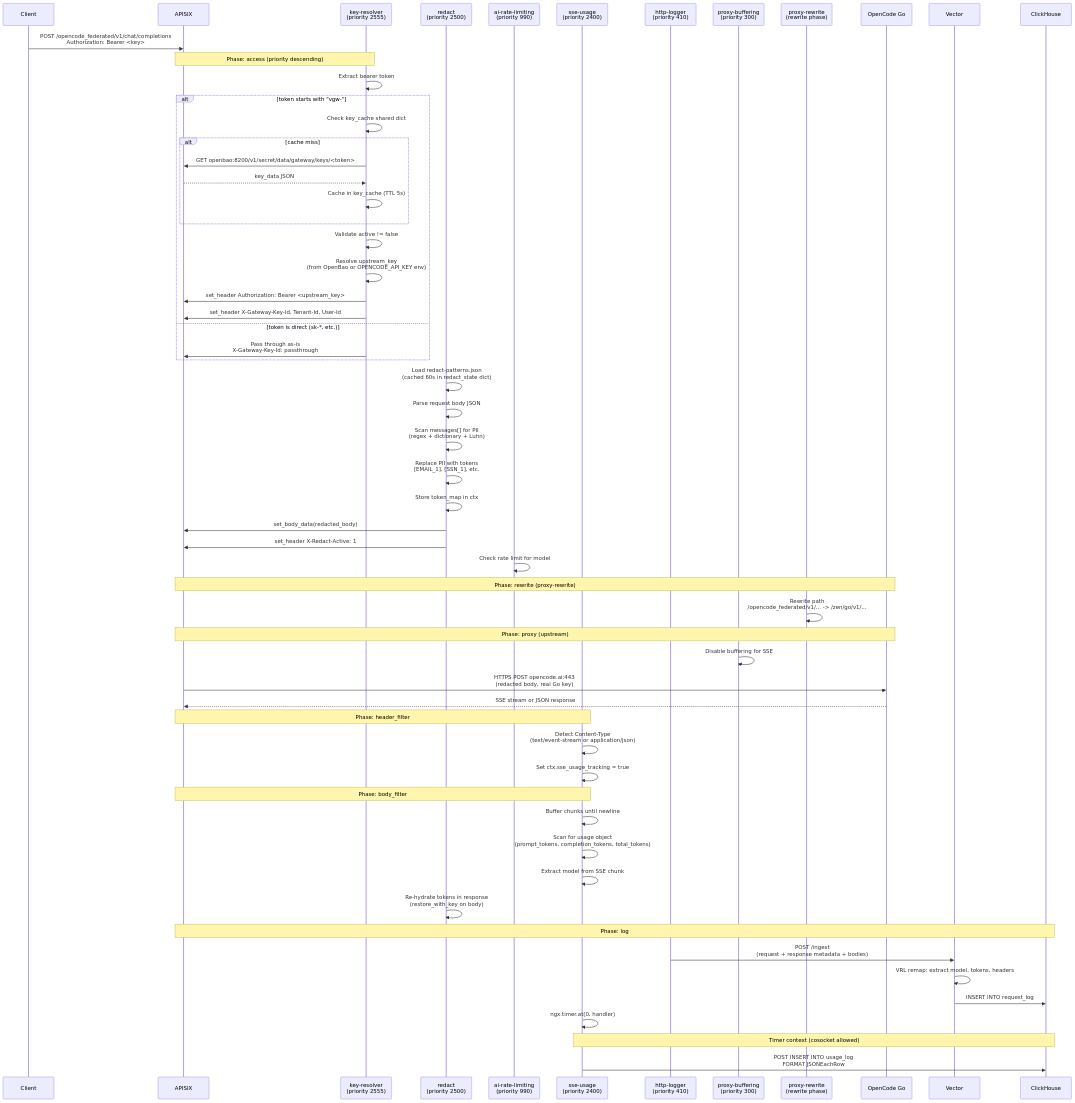
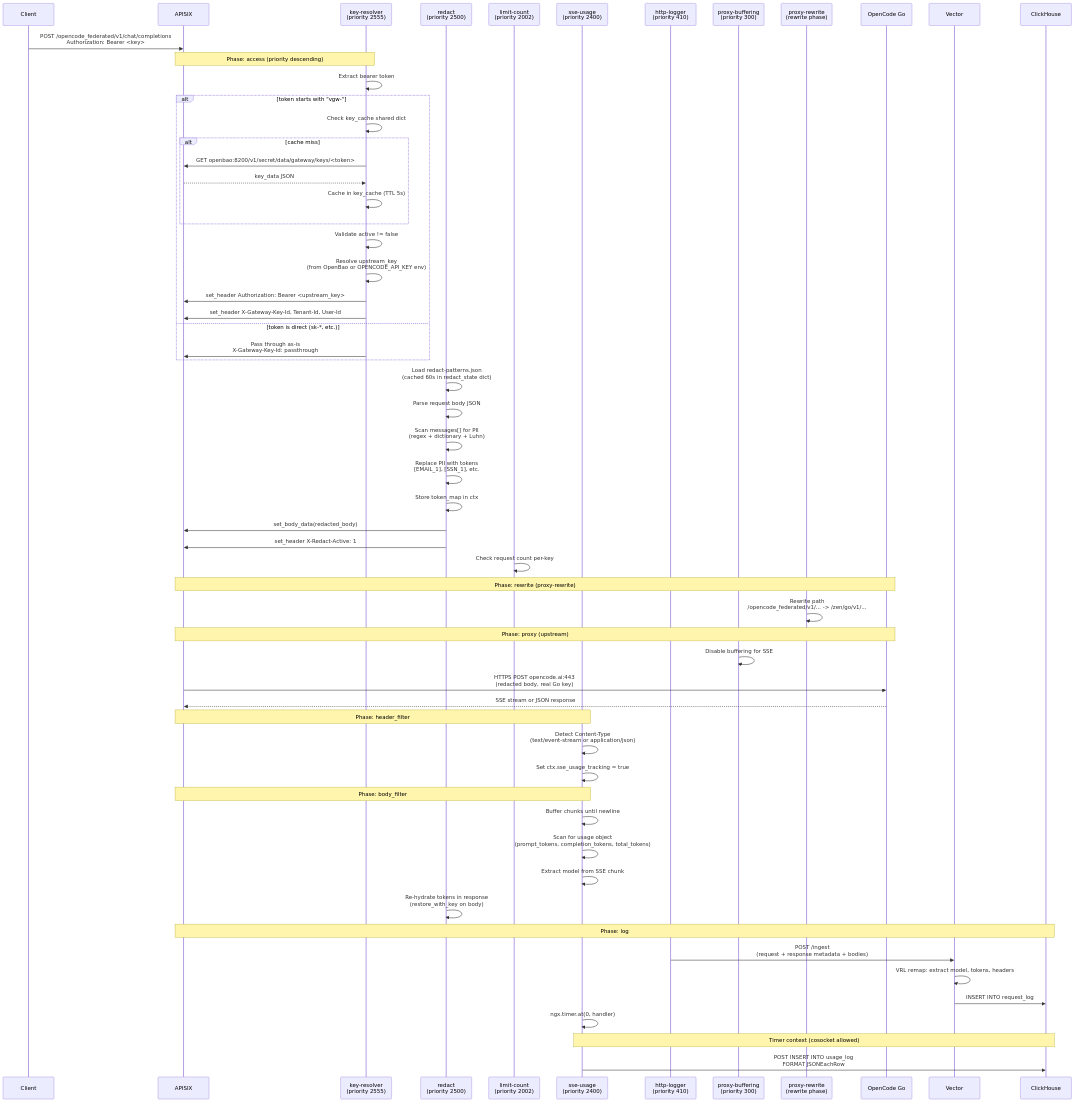
The second of 16 diagrams in docs/ARCHITECTURE.md (Independent-AI-Labs/WORKSPACE-GATEWAY), drawn with Mermaid before and after one commit. The commit also changed other lines of this file and 15 other files, not shown here.

First line of the commit message:
docs: finalize per-key rate limiting docs and config

````diff
--- a/docs/ARCHITECTURE.md
+++ b/docs/ARCHITECTURE.md
@@ -101,71 +101,71 @@
 ```mermaid
 sequenceDiagram
     participant C as Client
     participant A as APISIX
     participant KR as key-resolver<br/>(priority 2555)
     participant RD as redact<br/>(priority 2500)
-    participant RL as ai-rate-limiting<br/>(priority 990)
+    participant RL as limit-count<br/>(priority 2002)
     participant SU as sse-usage<br/>(priority 2400)
     participant HL as http-logger<br/>(priority 410)
     participant PB as proxy-buffering<br/>(priority 300)
     participant PRW as proxy-rewrite<br/>(rewrite phase)
     participant Z as OpenCode Go
     participant V as Vector
     participant CH as ClickHouse
 
     C->>A: POST /opencode_federated/v1/chat/completions<br/>Authorization: Bearer <key>
 
     Note over A,KR: Phase: access (priority descending)
     KR->>KR: Extract bearer token
     alt token starts with "vgw-"
         KR->>KR: Check key_cache shared dict
         alt cache miss
             KR->>A: GET openbao:8200/v1/secret/data/gateway/keys/<token>
             A-->>KR: key_data JSON
             KR->>KR: Cache in key_cache (TTL 5s)
         end
         KR->>KR: Validate active != false
         KR->>KR: Resolve upstream_key<br/>(from OpenBao or OPENCODE_API_KEY env)
         KR->>A: set_header Authorization: Bearer <upstream_key>
         KR->>A: set_header X-Gateway-Key-Id, Tenant-Id, User-Id
     else token is direct (sk-*, etc.)
         KR->>A: Pass through as-is<br/>X-Gateway-Key-Id: passthrough
     end
 
     RD->>RD: Load redact-patterns.json<br/>(cached 60s in redact_state dict)
     RD->>RD: Parse request body JSON
     RD->>RD: Scan messages[] for PII<br/>(regex + dictionary + Luhn)
     RD->>RD: Replace PII with tokens<br/>[EMAIL_1], [SSN_1], etc.
     RD->>RD: Store token_map in ctx
     RD->>A: set_body_data(redacted_body)
     RD->>A: set_header X-Redact-Active: 1
 
-    RL->>RL: Check rate limit for model
+    RL->>RL: Check request count per-key
 
     Note over A,Z: Phase: rewrite (proxy-rewrite)
     PRW->>PRW: Rewrite path<br/>/opencode_federated/v1/... -> /zen/go/v1/...
 
     Note over A,Z: Phase: proxy (upstream)
     PB->>PB: Disable buffering for SSE
     A->>Z: HTTPS POST opencode.ai:443<br/>(redacted body, real Go key)
     Z-->>A: SSE stream or JSON response
 
     Note over A,SU: Phase: header_filter
     SU->>SU: Detect Content-Type<br/>(text/event-stream or application/json)
     SU->>SU: Set ctx.sse_usage_tracking = true
 
     Note over A,SU: Phase: body_filter
     SU->>SU: Buffer chunks until newline
     SU->>SU: Scan for usage object<br/>(prompt_tokens, completion_tokens, total_tokens)
     SU->>SU: Extract model from SSE chunk
     RD->>RD: Re-hydrate tokens in response<br/>(restore_with_key on body)
 
     Note over A,CH: Phase: log
     HL->>V: POST /ingest<br/>(request + response metadata + bodies)
     V->>V: VRL remap: extract model, tokens, headers
     V->>CH: INSERT INTO request_log
 
     SU->>SU: ngx.timer.at(0, handler)
     Note over SU,CH: Timer context (cosocket allowed)
     SU->>CH: POST INSERT INTO usage_log<br/>FORMAT JSONEachRow
 ```
````
